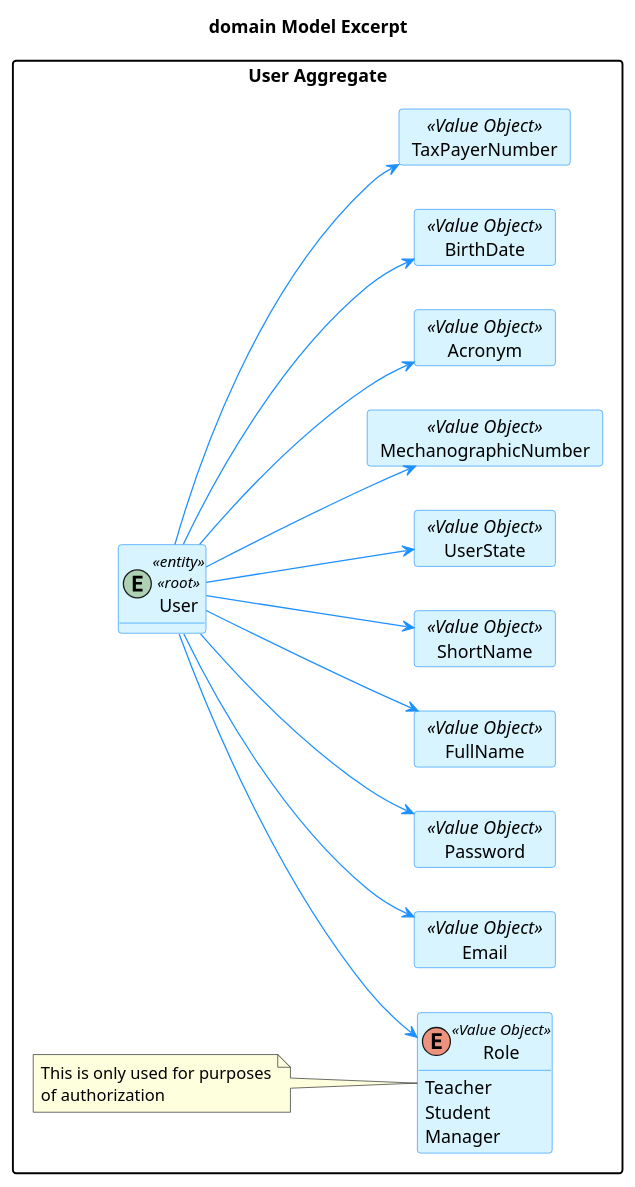
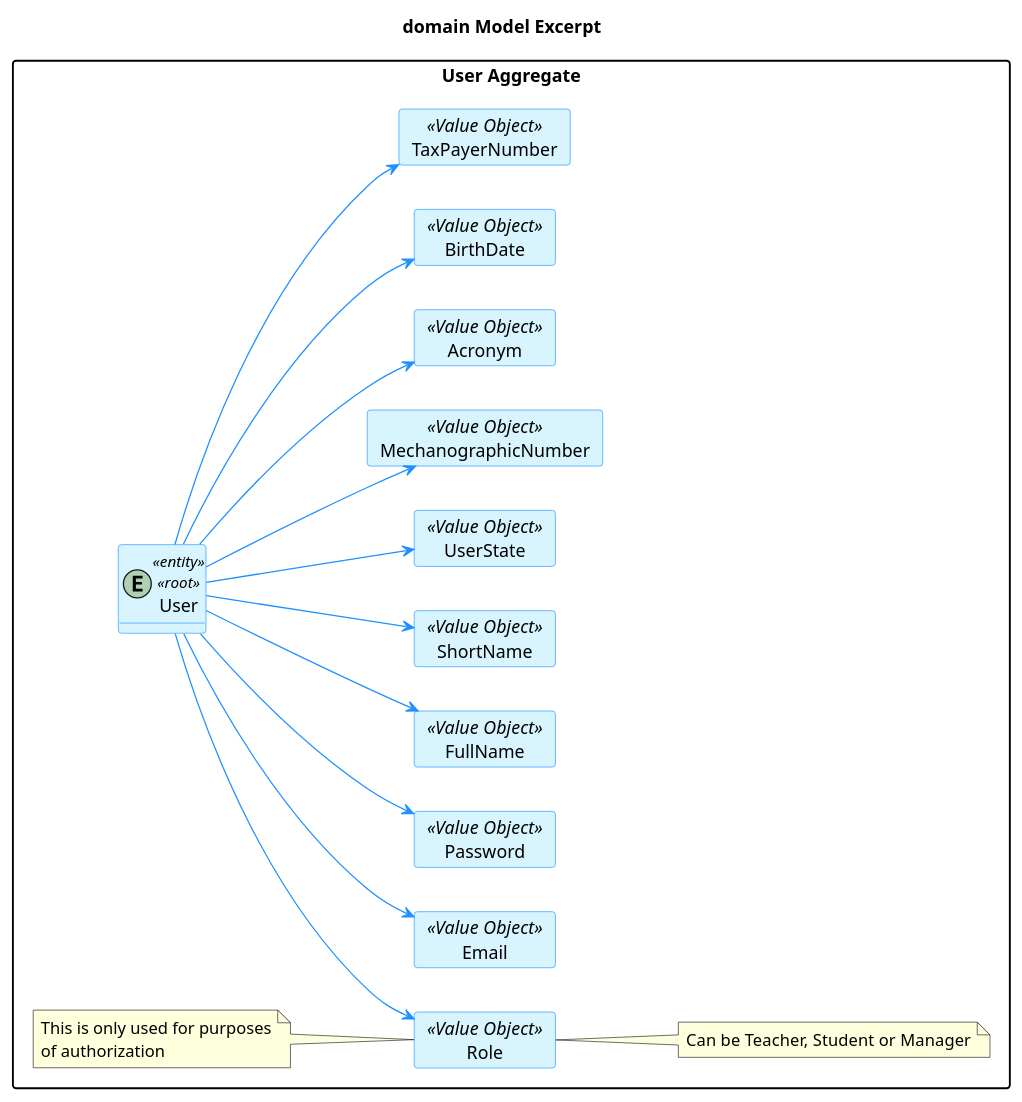
Before and after one commit to brunacosta03/sem4pi_22_23: the diagram in docs/SPRINT A/US_G006/Analysis/DomainModel.puml, drawn with PlantUML. The commit also changed 5 other files, not shown here.

```diff
--- a/docs/SPRINT A/US_G006/Analysis/DomainModel.puml
+++ b/docs/SPRINT A/US_G006/Analysis/DomainModel.puml
@@ -1,73 +1,71 @@
 @startuml
 
 title domain Model Excerpt
 
 hide methods
 left to right direction
 
 skinparam classAttributeIconSize 0
 
 skinparam class {
     LifeLineBorderColor DodgerBlue
     LifeLineBackgroundColor APPLICATION
     BackgroundColor #D8F5FF
     ArrowColor DodgerBlue
     BorderColor DodgerBlue
 }
 
 skinparam packageStyle rectangle
 
 skinparam card {
     LifeLineBorderColor DodgerBlue
     LifeLineBackgroundColor APPLICATION
     BackgroundColor #D8F5FF
     ArrowColor DodgerBlue
     BorderColor DodgerBlue
 }
 
 package "User Aggregate" {
     entity User <<entity>><<root>>
 
 'User value objects
     card Email <<Value Object>>{
     }
     card Password <<Value Object>>{
     }
     card FullName <<Value Object>>{
     }
     card ShortName <<Value Object>>{
     }
     card UserState <<Value Object>>{
     }
     card MechanographicNumber <<Value Object>>{
     }
     card Acronym <<Value Object>> {
     }
     card BirthDate <<Value Object>> {
     }
     card TaxPayerNumber <<Value Object>> {
     }
-    enum Role <<Value Object>> {
-        Teacher
-        Student
-        Manager
+    card Role <<Value Object>> {
     }
+    note right of Role: Can be Teacher, Student or Manager
 
     User --> Email
     User --> Password
     User --> FullName
     User --> ShortName
     User --> Role
     User --> UserState
     User --> MechanographicNumber
     User --> Acronym
     User --> BirthDate
     User --> TaxPayerNumber
 
     note left of Role
         This is only used for purposes
         of authorization
     end note
 }
 
 @enduml
```
